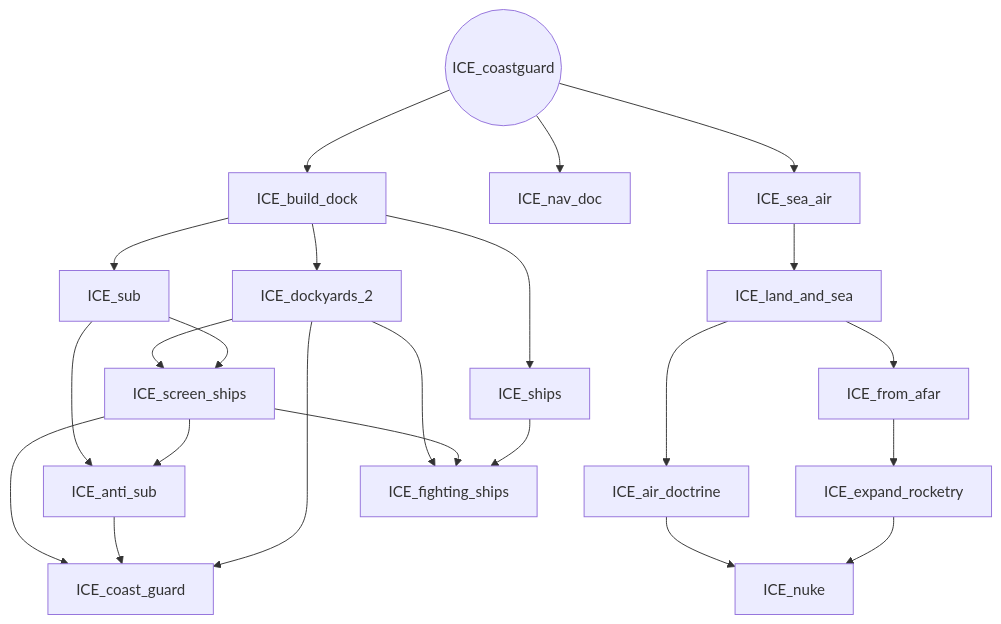
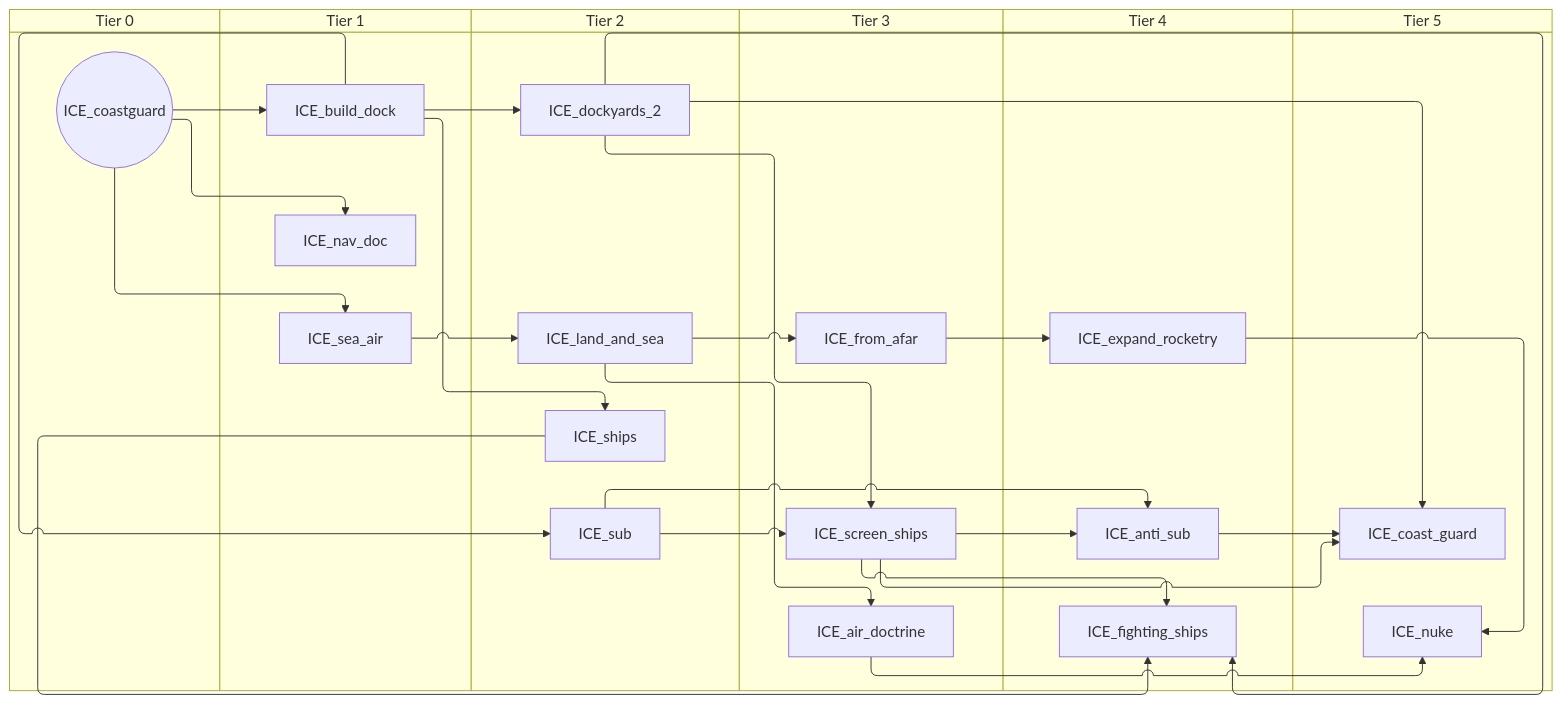
The first of 5 diagrams in docs/gdd/National Focuses/r56_iceland.md (evgeny-sobol/hoi4-sandbox-mode-r56), drawn with Mermaid before and after one commit. The commit also changed other lines of this file and 423 other files, not shown here.

First line of the commit message:
Re-export Rt56 focus trees as swimlane diagrams

````diff
--- a/docs/gdd/National Focuses/r56_iceland.md
+++ b/docs/gdd/National Focuses/r56_iceland.md
@@ -3,41 +3,53 @@
 ```mermaid
-flowchart TD
-    n1["ICE_air_doctrine"]
-    n2["ICE_anti_sub"]
-    n3["ICE_build_dock"]
-    n4["ICE_coast_guard"]
-    n5(("ICE_coastguard"))
-    n6["ICE_dockyards_2"]
-    n7["ICE_expand_rocketry"]
-    n8["ICE_fighting_ships"]
-    n9["ICE_from_afar"]
-    n10["ICE_land_and_sea"]
-    n11["ICE_nav_doc"]
-    n12["ICE_nuke"]
-    n13["ICE_screen_ships"]
-    n14["ICE_sea_air"]
-    n15["ICE_ships"]
-    n16["ICE_sub"]
-    n10 --> n1
-    n16 --> n2
-    n13 --> n2
-    n5 --> n3
-    n13 --> n4
-    n2 --> n4
-    n6 --> n4
-    n3 --> n6
-    n9 --> n7
-    n6 --> n8
-    n13 --> n8
-    n15 --> n8
-    n10 --> n9
-    n14 --> n10
+swimlane-beta TD
+    subgraph tier_0["Tier 0"]
+        n1(("ICE_coastguard"))
+    end
+    subgraph tier_1["Tier 1"]
+        n2["ICE_build_dock"]
+        n3["ICE_nav_doc"]
+        n4["ICE_sea_air"]
+    end
+    subgraph tier_2["Tier 2"]
+        n5["ICE_dockyards_2"]
+        n6["ICE_land_and_sea"]
+        n7["ICE_ships"]
+        n8["ICE_sub"]
+    end
+    subgraph tier_3["Tier 3"]
+        n9["ICE_air_doctrine"]
+        n10["ICE_from_afar"]
+        n11["ICE_screen_ships"]
+    end
+    subgraph tier_4["Tier 4"]
+        n12["ICE_anti_sub"]
+        n13["ICE_expand_rocketry"]
+        n14["ICE_fighting_ships"]
+    end
+    subgraph tier_5["Tier 5"]
+        n15["ICE_coast_guard"]
+        n16["ICE_nuke"]
+    end
+    n6 --> n9
+    n8 --> n12
+    n11 --> n12
+    n1 --> n2
+    n11 --> n15
+    n12 --> n15
+    n5 --> n15
+    n2 --> n5
+    n10 --> n13
+    n5 --> n14
+    n11 --> n14
+    n7 --> n14
+    n6 --> n10
+    n4 --> n6
+    n1 --> n3
+    n9 --> n16
+    n13 --> n16
     n5 --> n11
-    n1 --> n12
-    n7 --> n12
-    n6 --> n13
-    n16 --> n13
-    n5 --> n14
-    n3 --> n15
-    n3 --> n16
+    n8 --> n11
+    n1 --> n4
+    n2 --> n7
+    n2 --> n8
 ```
````
